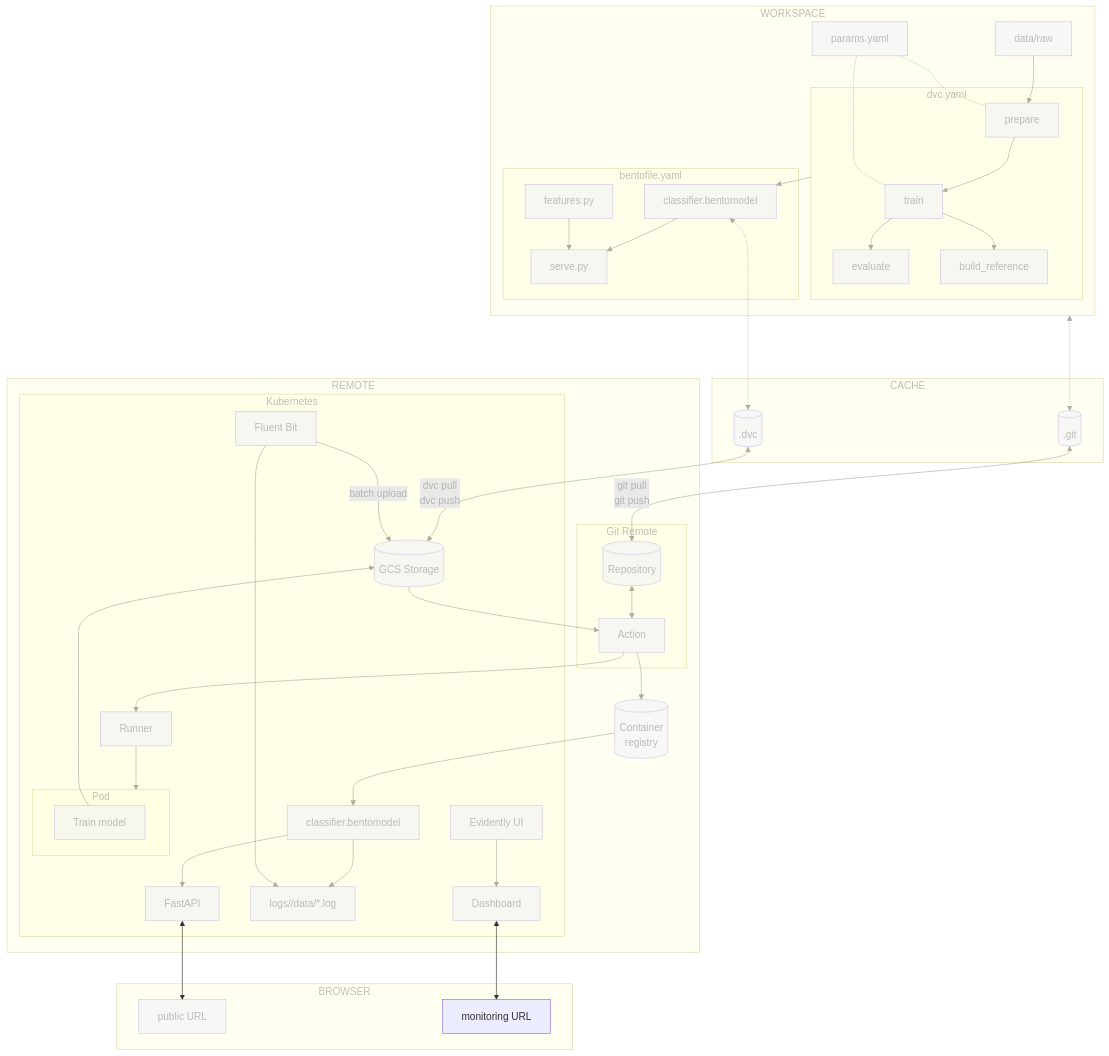
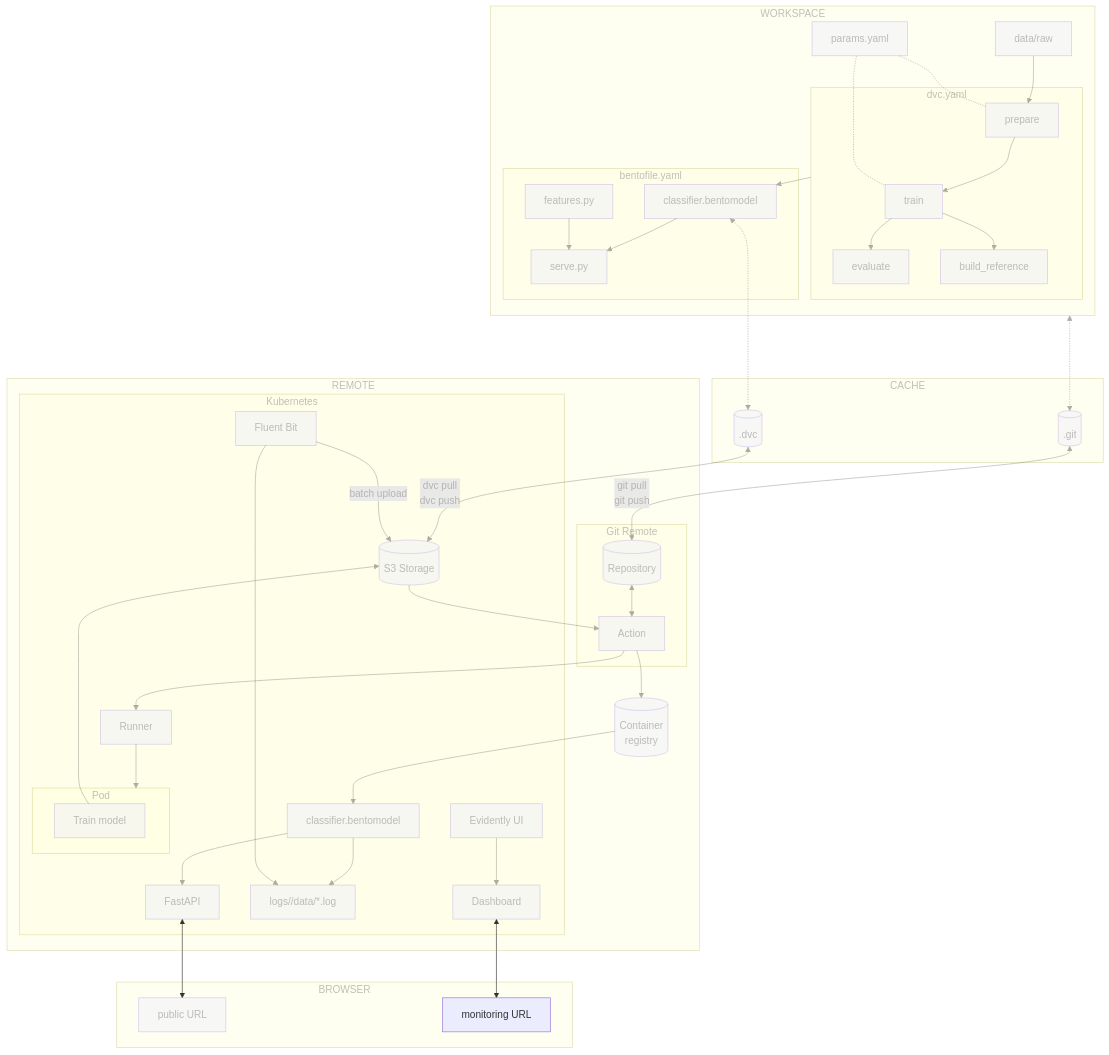
Before and after one commit to swiss-ai-center/a-guide-to-mlops: the diagram in docs/part-4-monitor-and-maintain/chapter-43-deploy-and-access-the-monitoring-on-kubernetes.md, drawn with Mermaid.

Commit message:
Relabel storage node as S3 Storage in chapter 4.3 Mermaid diagram

````diff
--- a/docs/part-4-monitor-and-maintain/chapter-43-deploy-and-access-the-monitoring-on-kubernetes.md
+++ b/docs/part-4-monitor-and-maintain/chapter-43-deploy-and-access-the-monitoring-on-kubernetes.md
@@ -25,7 +25,7 @@
 ```mermaid
 flowchart TB
     dot_dvc[(.dvc)] <-->|dvc pull
-                         dvc push| gcs_storage[(GCS Storage)]
+                         dvc push| gcs_storage[(S3 Storage)]
     dot_git[(.git)] <-->|git pull
                          git push| repository[(Repository)]
     workspaceGraph <-....-> dot_git
````
